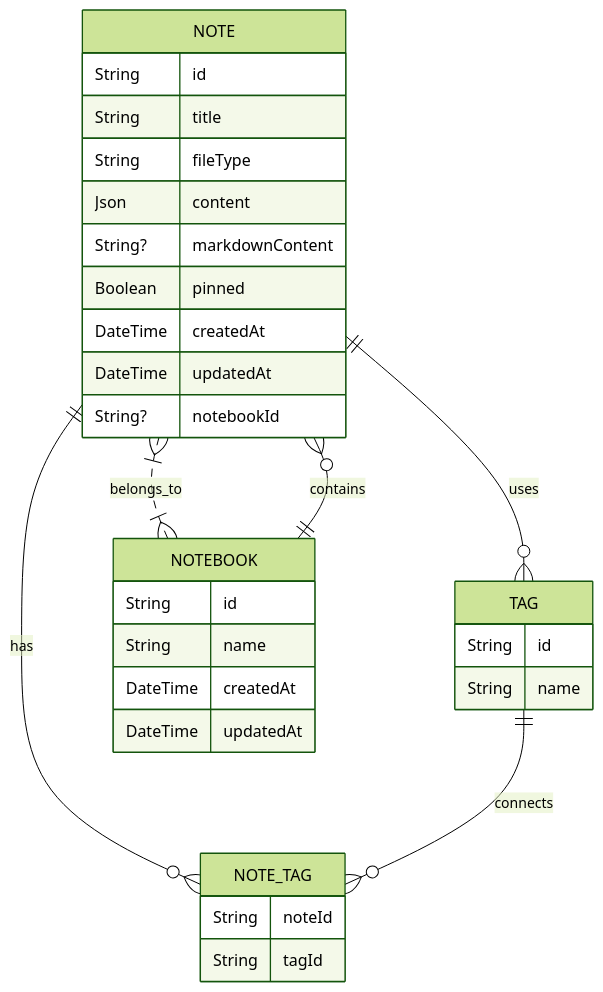
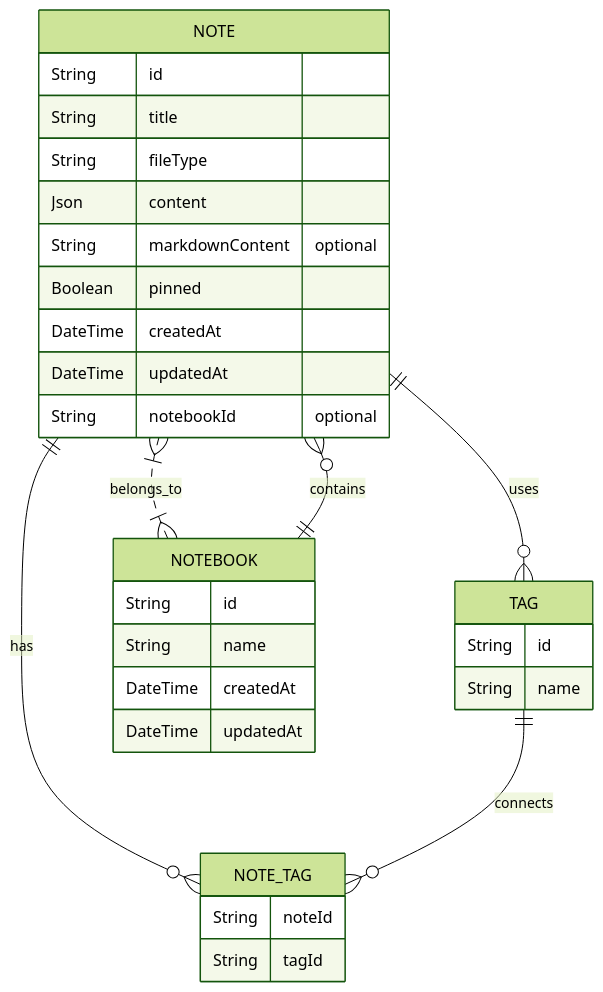
The second of 4 diagrams in SYSTEM_DESIGN.md (iamakashtechie/Nexus), drawn with Mermaid (forest theme) before and after one commit. The commit also changed other lines of this file, not shown here.

Commit message:
fix: Mermaid data rendering in system design documentation

````diff
--- a/SYSTEM_DESIGN.md
+++ b/SYSTEM_DESIGN.md
@@ -292,34 +292,34 @@
 ```mermaid
 erDiagram
   NOTE ||--o{ NOTE_TAG: has
   NOTE ||--o{ TAG: uses
   NOTE }|..|{ NOTEBOOK: belongs_to
   NOTEBOOK ||--o{ NOTE: contains
   TAG ||--o{ NOTE_TAG: connects
 
   NOTE {
     String id
     String title
     String fileType
     Json content
-    String? markdownContent
+    String markdownContent "optional"
     Boolean pinned
     DateTime createdAt
     DateTime updatedAt
-    String? notebookId
+    String notebookId "optional"
   }
   NOTEBOOK {
     String id
     String name
     DateTime createdAt
     DateTime updatedAt
   }
   TAG {
     String id
     String name
   }
   NOTE_TAG {
     String noteId
     String tagId
   }
 ```
````
